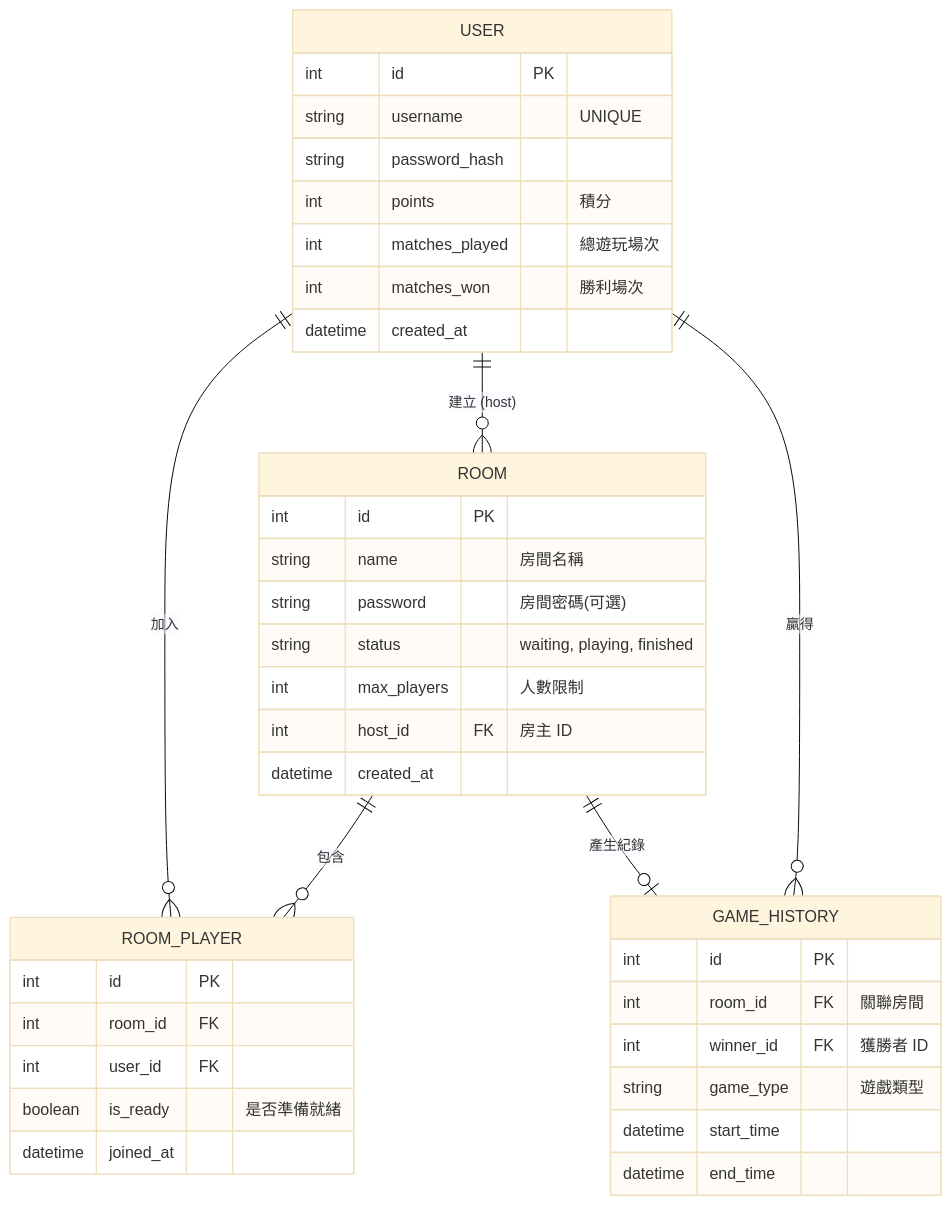
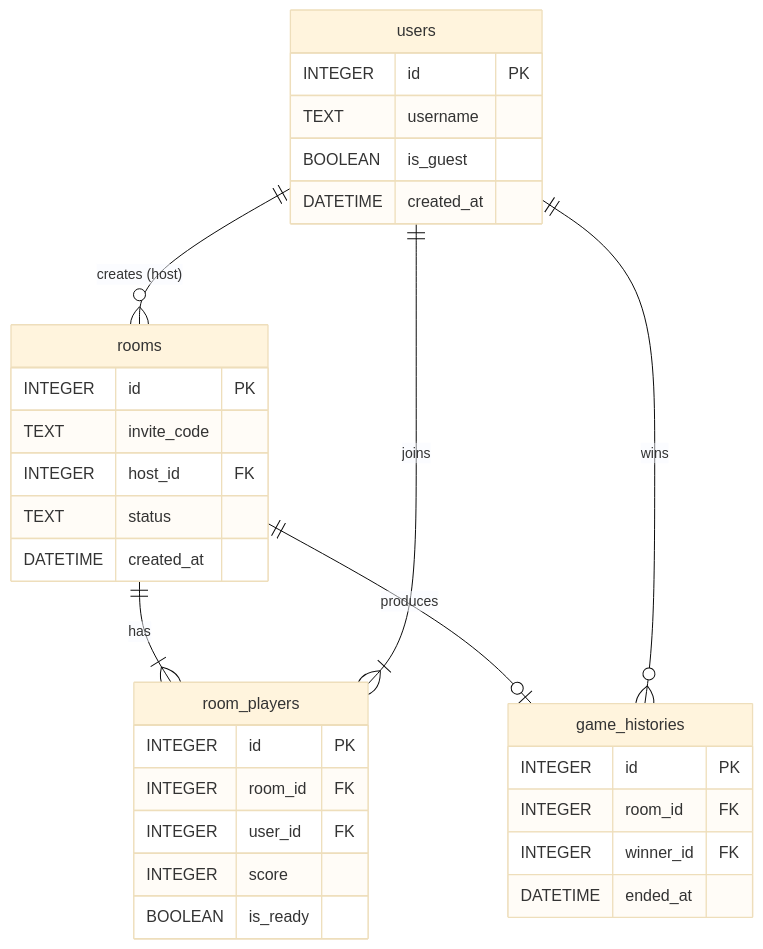
One commit to demiiiii123/web_app_development changed the diagram in docs/DB_DESIGN.md. Above: the diagram before and after it, drawn with Mermaid (base theme). The commit also changed other lines of this file and 5 other files, not shown here.

Commit message:
feat: add database schema and models

````diff
--- a/docs/DB_DESIGN.md
+++ b/docs/DB_DESIGN.md
@@ -5,45 +7,35 @@
 ```mermaid
 erDiagram
-  USER {
-    int id PK
-    string username "UNIQUE"
-    string password_hash
-    int points "積分"
-    int matches_played "總遊玩場次"
-    int matches_won "勝利場次"
-    datetime created_at
-  }
-  
-  ROOM {
-    int id PK
-    string name "房間名稱"
-    string password "房間密碼(可選)"
-    string status "waiting, playing, finished"
-    int max_players "人數限制"
-    int host_id FK "房主 ID"
-    datetime created_at
-  }
-  
-  ROOM_PLAYER {
-    int id PK
-    int room_id FK
-    int user_id FK
-    boolean is_ready "是否準備就緒"
-    datetime joined_at
-  }
-  
-  GAME_HISTORY {
-    int id PK
-    int room_id FK "關聯房間"
-    int winner_id FK "獲勝者 ID"
-    string game_type "遊戲類型"
-    datetime start_time
-    datetime end_time
-  }
+    users {
+        INTEGER id PK
+        TEXT username
+        BOOLEAN is_guest
+        DATETIME created_at
+    }
+    rooms {
+        INTEGER id PK
+        TEXT invite_code
+        INTEGER host_id FK
+        TEXT status
+        DATETIME created_at
+    }
+    room_players {
+        INTEGER id PK
+        INTEGER room_id FK
+        INTEGER user_id FK
+        INTEGER score
+        BOOLEAN is_ready
+    }
+    game_histories {
+        INTEGER id PK
+        INTEGER room_id FK
+        INTEGER winner_id FK
+        DATETIME ended_at
+    }
 
-  USER ||--o{ ROOM : "建立 (host)"
-  USER ||--o{ ROOM_PLAYER : "加入"
-  ROOM ||--o{ ROOM_PLAYER : "包含"
-  ROOM ||--o| GAME_HISTORY : "產生紀錄"
-  USER ||--o{ GAME_HISTORY : "贏得"
+    users ||--o{ rooms : "creates (host)"
+    rooms ||--|{ room_players : "has"
+    users ||--|{ room_players : "joins"
+    rooms ||--o| game_histories : "produces"
+    users ||--o{ game_histories : "wins"
 ```
````
